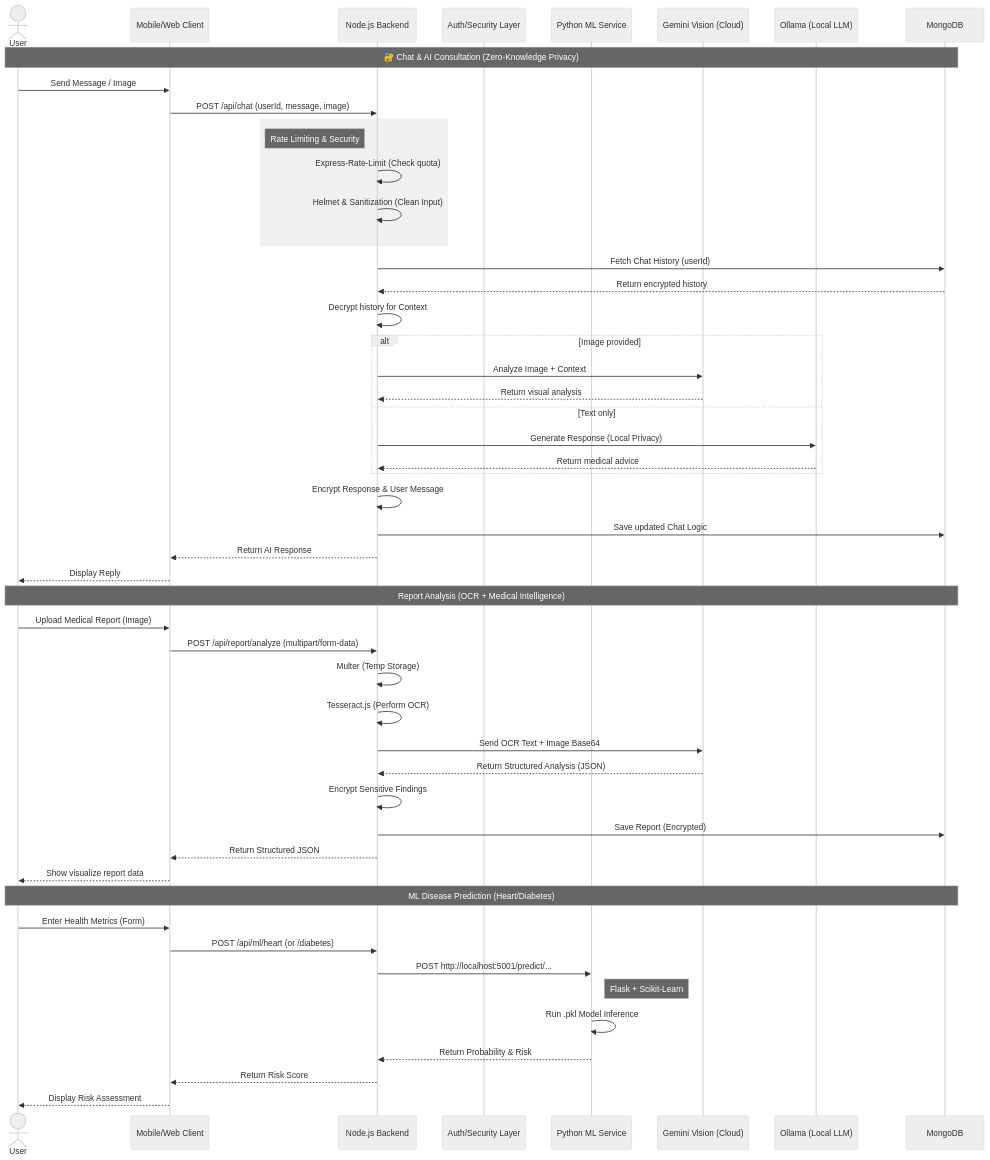
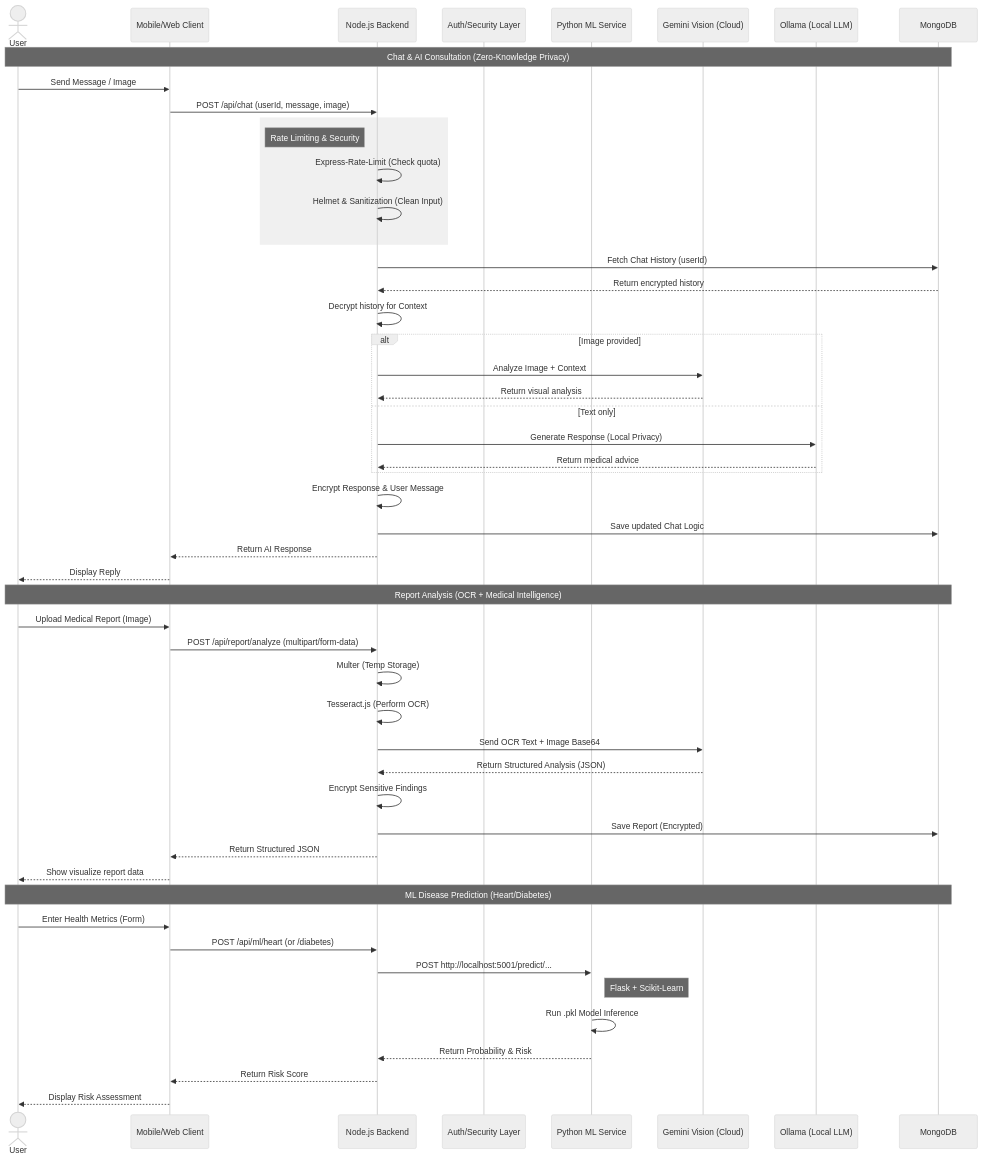
Before and after one commit to yashsrivastava1408/Aether-Clinic: the first of 2 diagrams in README.md, drawn with Mermaid (neutral theme). The commit also changed other lines of this file and 24 other files, not shown here.

````diff
--- a/README.md
+++ b/README.md
@@ -7,65 +7,65 @@
 ```mermaid
 sequenceDiagram
     actor User
     participant App as Mobile/Web Client
     participant Server as Node.js Backend
     participant Auth as Auth/Security Layer
     participant MLService as Python ML Service
     participant Gemini as Gemini Vision (Cloud)
     participant Ollama as Ollama (Local LLM)
     participant DB as MongoDB
     
-    Note over User,DB: 🔐 Chat & AI Consultation (Zero-Knowledge Privacy)
+    Note over User,DB: Chat & AI Consultation (Zero-Knowledge Privacy)
     User->>App: Send Message / Image
     App->>Server: POST /api/chat (userId, message, image)
     
     rect rgb(240, 240, 240)
         Note left of Server: Rate Limiting & Security
         Server->>Server: Express-Rate-Limit (Check quota)
         Server->>Server: Helmet & Sanitization (Clean Input)
     end
 
     Server->>DB: Fetch Chat History (userId)
     DB-->>Server: Return encrypted history
     Server->>Server: Decrypt history for Context
-
+    
     alt Image provided
         Server->>Gemini: Analyze Image + Context
         Gemini-->>Server: Return visual analysis
     else Text only
         Server->>Ollama: Generate Response (Local Privacy)
         Ollama-->>Server: Return medical advice
     end
 
     Server->>Server: Encrypt Response & User Message
     Server->>DB: Save updated Chat Logic
     Server-->>App: Return AI Response
     App-->>User: Display Reply
 
-    Note over User,DB:  Report Analysis (OCR + Medical Intelligence)
+    Note over User,DB: Report Analysis (OCR + Medical Intelligence)
     User->>App: Upload Medical Report (Image)
     App->>Server: POST /api/report/analyze (multipart/form-data)
     
     Server->>Server: Multer (Temp Storage)
     Server->>Server: Tesseract.js (Perform OCR)
     
     Server->>Gemini: Send OCR Text + Image Base64
     Gemini-->>Server: Return Structured Analysis (JSON)
     
     Server->>Server: Encrypt Sensitive Findings
     Server->>DB: Save Report (Encrypted)
     Server-->>App: Return Structured JSON
     App-->>User: Show visualize report data
 
-    Note over User,DB:  ML Disease Prediction (Heart/Diabetes)
+    Note over User,DB: ML Disease Prediction (Heart/Diabetes)
     User->>App: Enter Health Metrics (Form)
     App->>Server: POST /api/ml/heart (or /diabetes)
     
     Server->>MLService: POST http://localhost:5001/predict/...
     Note right of MLService: Flask + Scikit-Learn
     MLService->>MLService: Run .pkl Model Inference
     MLService-->>Server: Return Probability & Risk
     
     Server-->>App: Return Risk Score
     App-->>User: Display Risk Assessment
 ```
````
